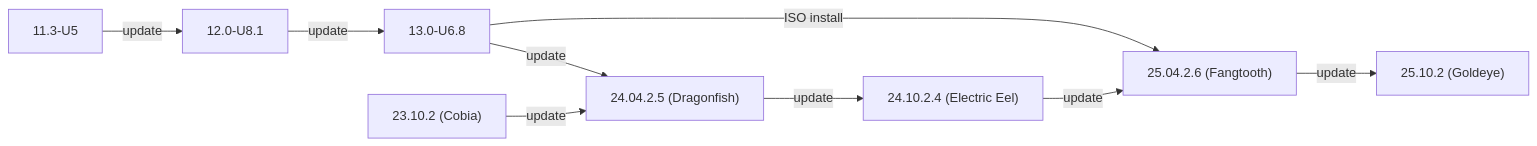
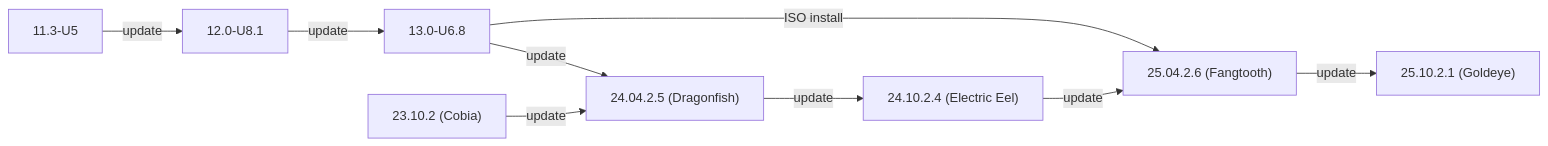
The second of 2 diagrams in static/includes/SCALEUpgradePaths.md (truenas/documentation), drawn with Mermaid before and after one commit. The commit also changed other lines of this file, not shown here.

Commit message:
Update SCALEUpgradePaths.md
update latest for 25.10.2.1

```diff
--- a/static/includes/SCALEUpgradePaths.md
+++ b/static/includes/SCALEUpgradePaths.md
@@ -239,12 +239,12 @@
             {{< mermaid class="mermaid_sizing" >}}
             flowchart LR
               A["11.3-U5"] -->|update| B
               B["12.0-U8.1"] -->|update| C
               C["13.0-U6.8"] -->|ISO install| G
               C -->|update| E
               D["23.10.2 (Cobia)"] -->|update| E
               E["24.04.2.5 (Dragonfish)"]  -->|update| F
               F["24.10.2.4 (Electric Eel)"] -->|update| G
               G["25.04.2.6 (Fangtooth)"] -->|update| H
-              H["25.10.2 (Goldeye)"]
+              H["25.10.2.1 (Goldeye)"]
             {{< /mermaid >}}
```
